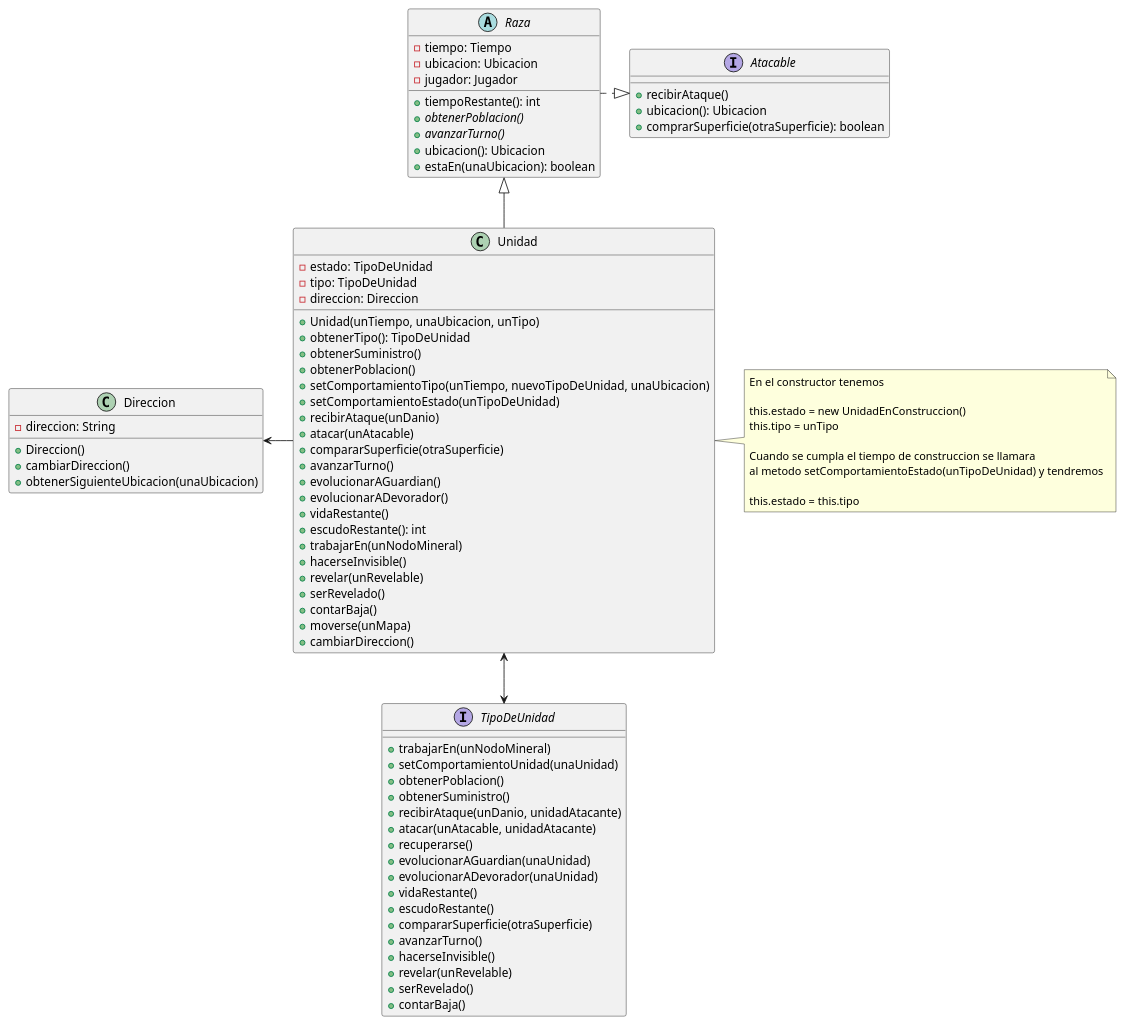
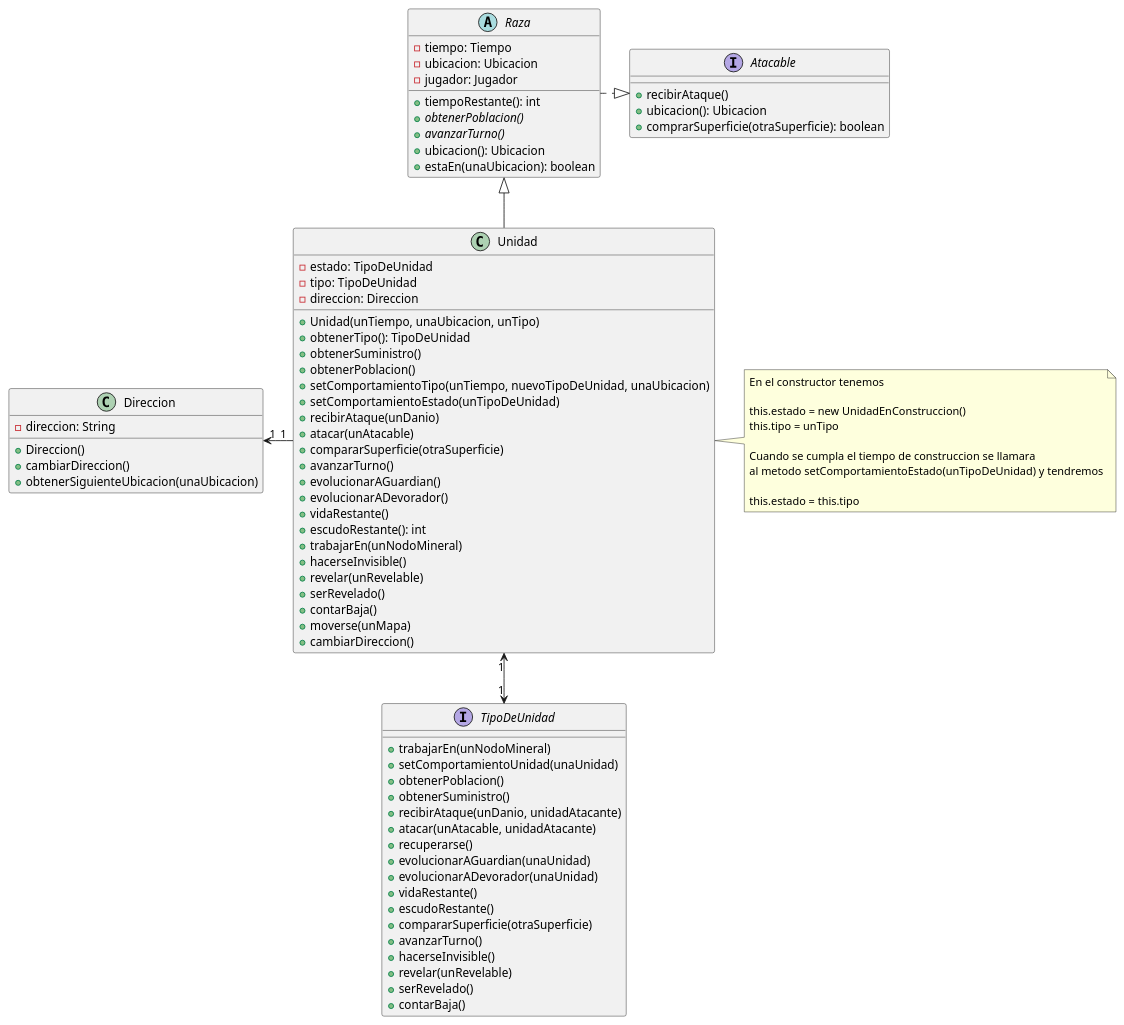
Before and after one commit to joeldevel/algo3_tp_2: the diagram in diagrams/classes/Diagramas definitivos/Unidad.puml, drawn with PlantUML. The commit also changed 6 other files, not shown here.

Commit message:
Diagramas

```diff
--- a/diagrams/classes/Diagramas definitivos/Unidad.puml
+++ b/diagrams/classes/Diagramas definitivos/Unidad.puml
@@ -3,81 +3,81 @@
 @startuml
 
 interface Atacable {
     +recibirAtaque()
     +ubicacion(): Ubicacion
     +comprarSuperficie(otraSuperficie): boolean
 }
 
 abstract class Raza {
     -tiempo: Tiempo
     -ubicacion: Ubicacion
     -jugador: Jugador
     +tiempoRestante(): int
     +{abstract} obtenerPoblacion()
     +{abstract} avanzarTurno()
     +ubicacion(): Ubicacion
     +estaEn(unaUbicacion): boolean
 }
 
 class Unidad {
     -estado: TipoDeUnidad
     -tipo: TipoDeUnidad
     -direccion: Direccion
     +Unidad(unTiempo, unaUbicacion, unTipo)
     +obtenerTipo(): TipoDeUnidad
     +obtenerSuministro()
     +obtenerPoblacion()
     +setComportamientoTipo(unTiempo, nuevoTipoDeUnidad, unaUbicacion)
     +setComportamientoEstado(unTipoDeUnidad)
     +recibirAtaque(unDanio)
     +atacar(unAtacable)
     +compararSuperficie(otraSuperficie)
     +avanzarTurno()
     +evolucionarAGuardian()
     +evolucionarADevorador()
     +vidaRestante()
     +escudoRestante(): int
     +trabajarEn(unNodoMineral)
     +hacerseInvisible()
     +revelar(unRevelable)
     +serRevelado()
     +contarBaja()
     +moverse(unMapa)
     +cambiarDireccion()
 }
 
 note right: En el constructor tenemos\n\nthis.estado = new UnidadEnConstruccion()\nthis.tipo = unTipo\n\nCuando se cumpla el tiempo de construccion se llamara\nal metodo setComportamientoEstado(unTipoDeUnidad) y tendremos\n\nthis.estado = this.tipo
 
 class Direccion {
     -direccion: String
     +Direccion()
     +cambiarDireccion()
     +obtenerSiguienteUbicacion(unaUbicacion)
 }
 
 interface TipoDeUnidad {
     +trabajarEn(unNodoMineral)
     +setComportamientoUnidad(unaUnidad)
     +obtenerPoblacion()
     +obtenerSuministro()
     +recibirAtaque(unDanio, unidadAtacante)
     +atacar(unAtacable, unidadAtacante)
     +recuperarse()
     +evolucionarAGuardian(unaUnidad)
     +evolucionarADevorador(unaUnidad)
     +vidaRestante()
     +escudoRestante()
     +compararSuperficie(otraSuperficie)
     +avanzarTurno()
     +hacerseInvisible()
     +revelar(unRevelable)
     +serRevelado()
     +contarBaja()
 }
 
 Raza ..right|> Atacable
 Unidad --up|> Raza
-Unidad <--down> TipoDeUnidad
-Unidad --left> Direccion
+Unidad "1" <--down> "1" TipoDeUnidad
+Unidad "1" --left> "1" Direccion
 
 @enduml
```
